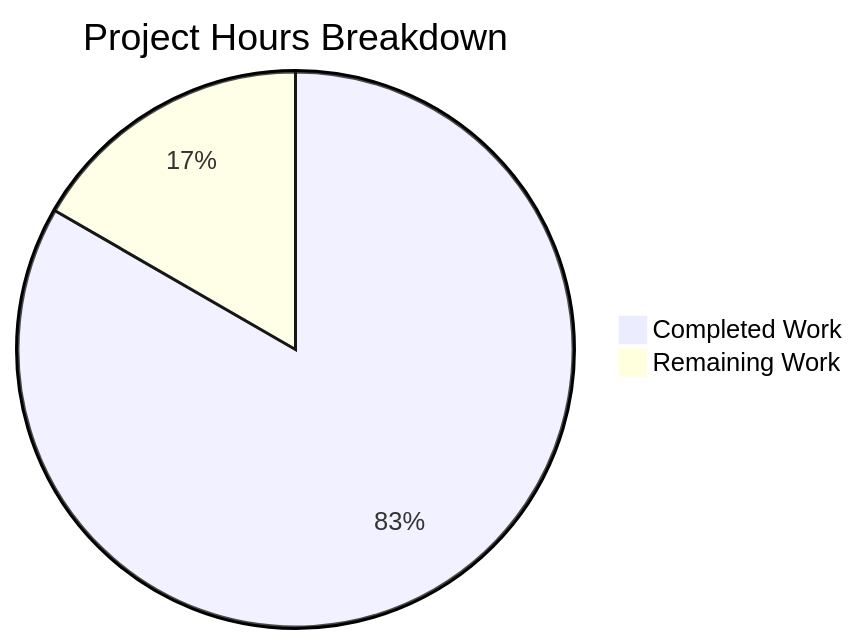
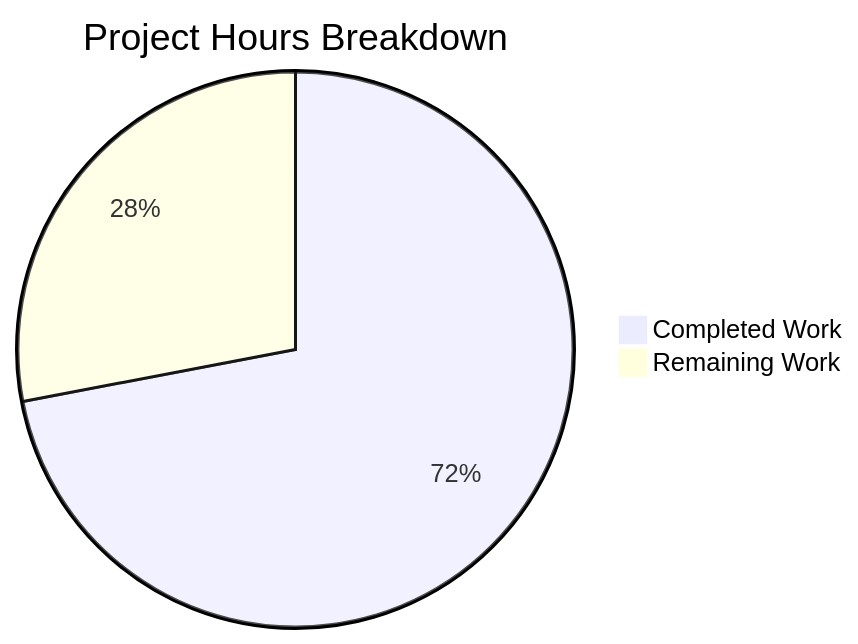
One commit to ajitblitzy/Ajit_GH_Repo-12-Mar-26 changed the second of 3 diagrams in blitzy/documentation/Project Guide.md. Above: the diagram before and after it, drawn with Mermaid. The commit also changed other lines of this file, not shown here.

Commit message:
Adding Blitzy Project Guide: Project Status and Human Tasks Remaining

````diff
--- a/blitzy/documentation/Project Guide.md
+++ b/blitzy/documentation/Project Guide.md
@@ -181,5 +190,5 @@
 ```mermaid
 pie title Project Hours Breakdown
-    "Completed Work" : 12.5
-    "Remaining Work" : 2.5
+    "Completed Work" : 18
+    "Remaining Work" : 7
 ```
````
